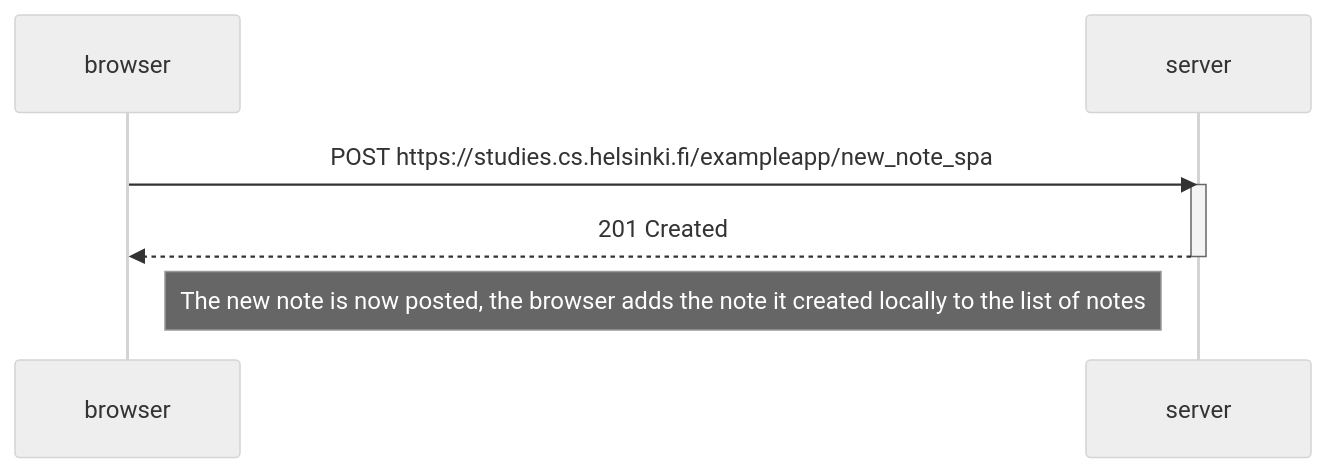
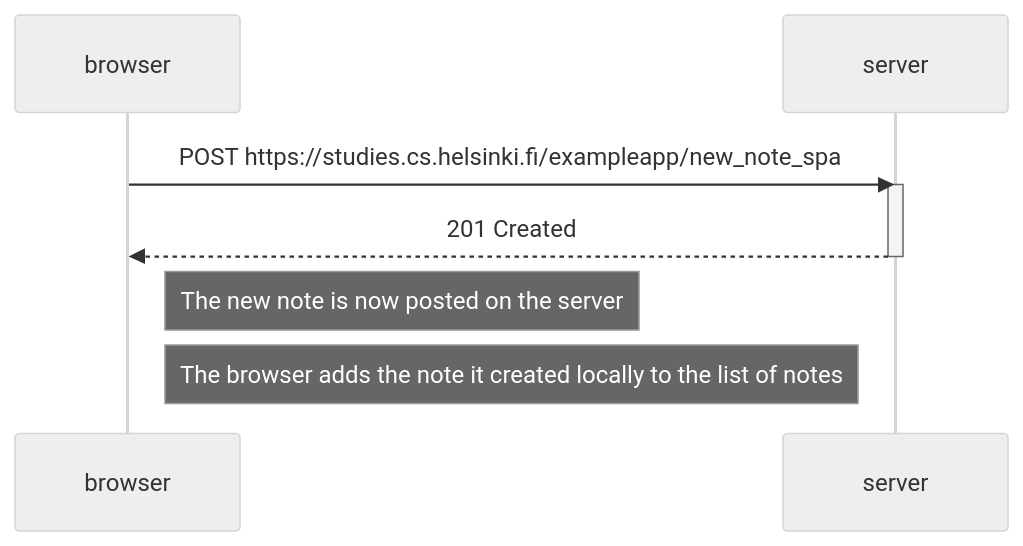
One commit to jpirhel/fullstackopen-2023-12 changed the third of 3 diagrams in part0/assignments.md. Above: the diagram before and after it, drawn with Mermaid (neutral theme). The commit also changed other lines of this file, not shown here.

````diff
--- a/part0/assignments.md
+++ b/part0/assignments.md
@@ -94,15 +95,15 @@
 ```mermaid
 
 sequenceDiagram
     participant browser
     participant server
 
     browser ->> server: POST https://studies.cs.helsinki.fi/exampleapp/new_note_spa
 
     activate server
     server -->> browser: 201 Created
     deactivate server
 
-    Note right of browser: The new note is now posted, the browser adds the note it created locally to the list of notes
-    
+    Note right of browser: The new note is now posted on the server
+    Note right of browser: The browser adds the note it created locally to the list of notes    
 ```
````
